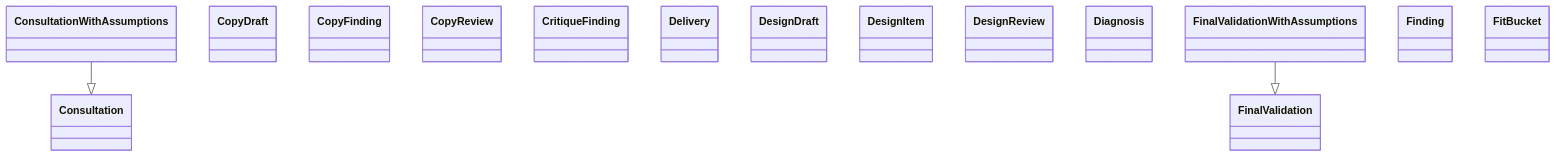
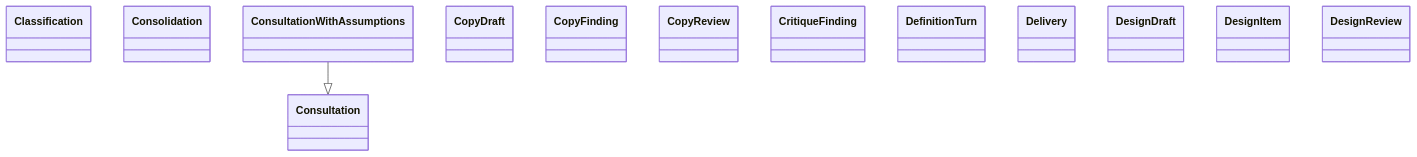
The diagram in docs/architecture/generated/classes-process-domain-roles-2.md (GonzaloZevallos/agentic-system), drawn with Mermaid before and after one commit. The commit also changed other lines of this file and 27 other files, not shown here.

````diff
--- a/docs/architecture/generated/classes-process-domain-roles-2.md
+++ b/docs/architecture/generated/classes-process-domain-roles-2.md
@@ -28,20 +29,17 @@
 ```mermaid
 classDiagram
+    class schemas__Classification["Classification"]
+    class schemas__Consolidation["Consolidation"]
     class schemas__Consultation["Consultation"]
     class schemas__ConsultationWithAssumptions["ConsultationWithAssumptions"]
     class schemas__CopyDraft["CopyDraft"]
     class schemas__CopyFinding["CopyFinding"]
     class schemas__CopyReview["CopyReview"]
     class schemas__CritiqueFinding["CritiqueFinding"]
+    class schemas__DefinitionTurn["DefinitionTurn"]
     class schemas__Delivery["Delivery"]
     class schemas__DesignDraft["DesignDraft"]
     class schemas__DesignItem["DesignItem"]
     class schemas__DesignReview["DesignReview"]
-    class schemas__Diagnosis["Diagnosis"]
-    class schemas__FinalValidation["FinalValidation"]
-    class schemas__FinalValidationWithAssumptions["FinalValidationWithAssumptions"]
-    class schemas__Finding["Finding"]
-    class schemas__FitBucket["FitBucket"]
     schemas__ConsultationWithAssumptions --|> schemas__Consultation
-    schemas__FinalValidationWithAssumptions --|> schemas__FinalValidation
 ```
````
